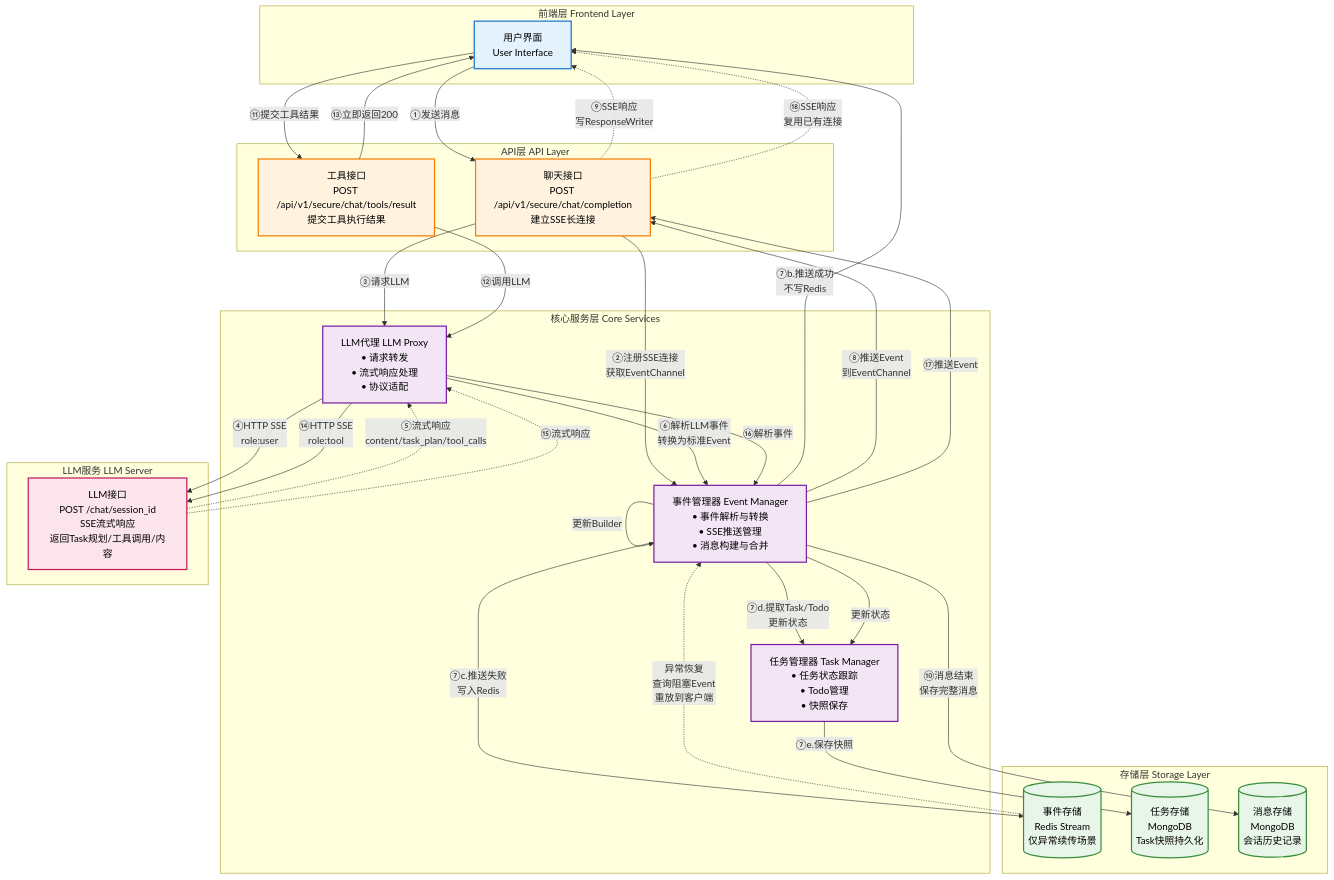
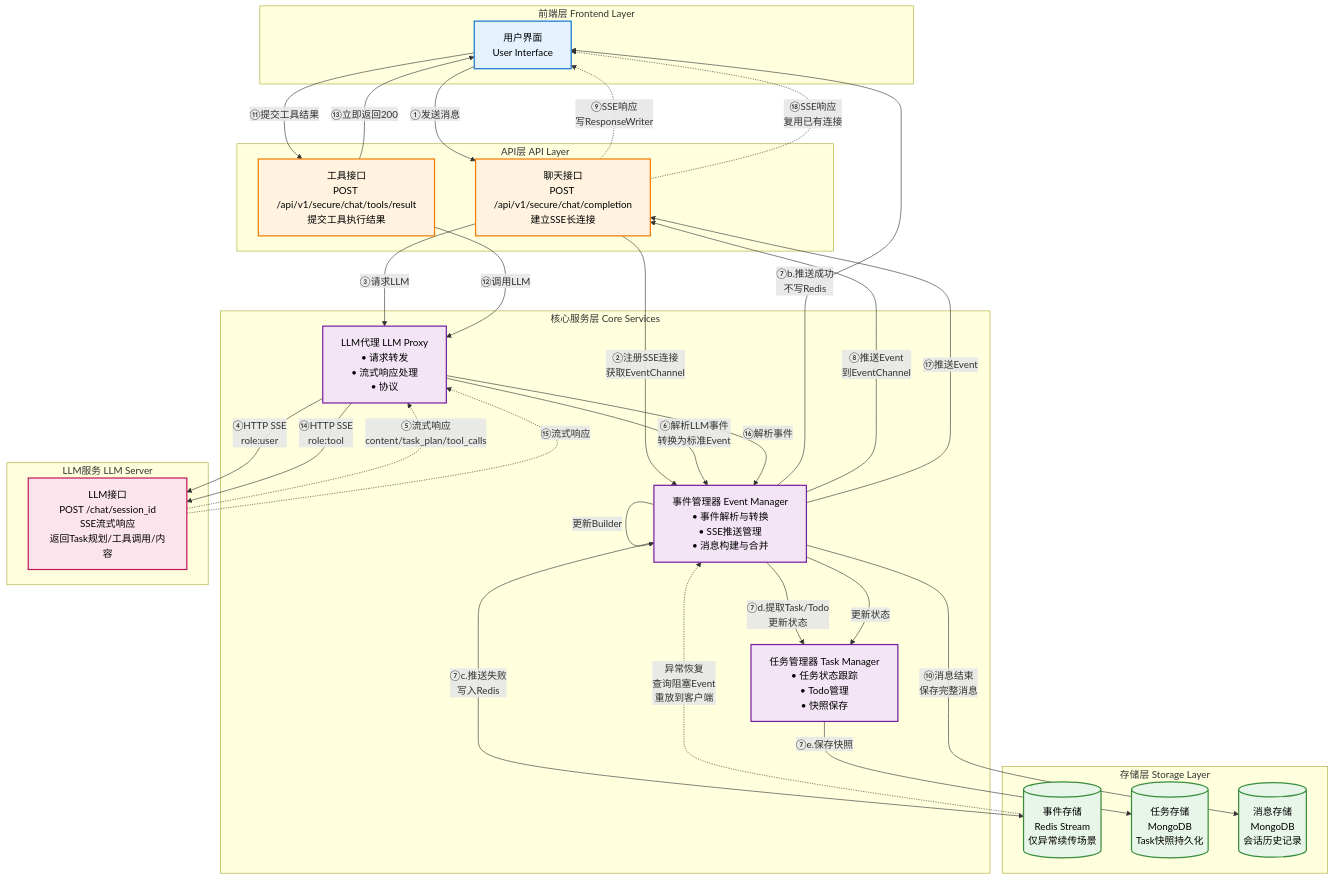
One commit to yingjianzh/iodraw-files changed the diagram in all/未命名-10.md. Above: the diagram before and after it, drawn with Mermaid.

Commit message:
2025-12-25 14:19:03 update

````diff
--- a/all/未命名-10.md
+++ b/all/未命名-10.md
@@ -1,82 +1,82 @@
 ```mermaid
 graph TB
     %% ========== 前端层 ==========
     subgraph Frontend["前端层 Frontend Layer"]
         UI[用户界面<br/>User Interface]
     end
     
     %% ========== API层 ==========
     subgraph APILayer["API层 API Layer"]
         ChatAPI["聊天接口<br/>POST /api/v1/secure/chat/completion<br/>建立SSE长连接"]
         ToolAPI["工具接口<br/>POST /api/v1/secure/chat/tools/result<br/>提交工具执行结果"]
     end
     
     %% ========== 核心服务层 ==========
     subgraph CoreServices["核心服务层 Core Services"]
         EventMgr["事件管理器 Event Manager<br/>• 事件解析与转换<br/>• SSE推送管理<br/>• 消息构建与合并"]
         TaskMgr["任务管理器 Task Manager<br/>• 任务状态跟踪<br/>• Todo管理<br/>• 快照保存"]
-        LLMProxy["LLM代理 LLM Proxy<br/>• 请求转发<br/>• 流式响应处理<br/>• 协议适配"]
+        LLMProxy["LLM代理 LLM Proxy<br/>• 请求转发<br/>• 流式响应处理<br/>• 协议"]
     end
     
     %% ========== 存储层 ==========
     subgraph StorageLayer["存储层 Storage Layer"]
         EventStore[("事件存储<br/>Redis Stream<br/>仅异常续传场景")]
         TaskStore[("任务存储<br/>MongoDB<br/>Task快照持久化")]
         MessageStore[("消息存储<br/>MongoDB<br/>会话历史记录")]
     end
     
     %% ========== LLM服务 ==========
     subgraph LLMService["LLM服务 LLM Server"]
         LLMAPI["LLM接口<br/>POST /chat/session_id<br/>SSE流式响应<br/>返回Task规划/工具调用/内容"]
     end
     
     %% ========== 主流程：用户消息 ==========
     UI -->|"①发送消息"| ChatAPI
     ChatAPI -->|"②注册SSE连接<br/>获取EventChannel"| EventMgr
     ChatAPI -->|"③请求LLM"| LLMProxy
     
     LLMProxy -->|"④HTTP SSE<br/>role:user"| LLMAPI
     LLMAPI -.->|"⑤流式响应<br/>content/task_plan/tool_calls"| LLMProxy
     
     LLMProxy -->|"⑥解析LLM事件<br/>转换为标准Event"| EventMgr
     
     EventMgr -->|"⑦a.更新MessageBuilder<br/>边推送边合并"| EventMgr
     EventMgr -->|"⑦b.推送成功<br/>不写Redis"| UI
     EventMgr -->|"⑦c.推送失败<br/>写入Redis"| EventStore
     EventMgr -->|"⑦d.提取Task/Todo<br/>更新状态"| TaskMgr
     
     TaskMgr -->|"⑦e.保存快照"| TaskStore
     EventMgr -->|"⑧推送Event<br/>到EventChannel"| ChatAPI
     ChatAPI -.->|"⑨SSE响应<br/>写ResponseWriter"| UI
     EventMgr -->|"⑩消息结束<br/>保存完整消息"| MessageStore
     
     %% ========== 工具调用流程 ==========
     UI -->|"⑪提交工具结果"| ToolAPI
     ToolAPI -->|"⑫调用LLM"| LLMProxy
     ToolAPI -->|"⑬立即返回200"| UI
     
     LLMProxy -->|"⑭HTTP SSE<br/>role:tool"| LLMAPI
     LLMAPI -.->|"⑮流式响应"| LLMProxy
     
     LLMProxy -->|"⑯解析事件"| EventMgr
     EventMgr -->|"更新Builder"| EventMgr
     EventMgr -->|"更新状态"| TaskMgr
     EventMgr -->|"⑰推送Event"| ChatAPI
     ChatAPI -.->|"⑱SSE响应<br/>复用已有连接"| UI
     
     %% ========== 异常续传 ==========
     EventStore -.->|"异常恢复<br/>查询阻塞Event<br/>重放到客户端"| EventMgr
     
     %% ========== 样式定义 ==========
     classDef frontendStyle fill:#E3F2FD,stroke:#1976D2,stroke-width:2px,color:#000
     classDef apiStyle fill:#FFF3E0,stroke:#F57C00,stroke-width:2px,color:#000
     classDef serviceStyle fill:#F3E5F5,stroke:#7B1FA2,stroke-width:2px,color:#000
     classDef storageStyle fill:#E8F5E9,stroke:#388E3C,stroke-width:2px,color:#000
     classDef llmStyle fill:#FCE4EC,stroke:#C2185B,stroke-width:2px,color:#000
     
     class UI frontendStyle
     class ChatAPI,ToolAPI apiStyle
     class EventMgr,TaskMgr,LLMProxy serviceStyle
     class EventStore,TaskStore,MessageStore storageStyle
     class LLMAPI llmStyle
 ```
````
